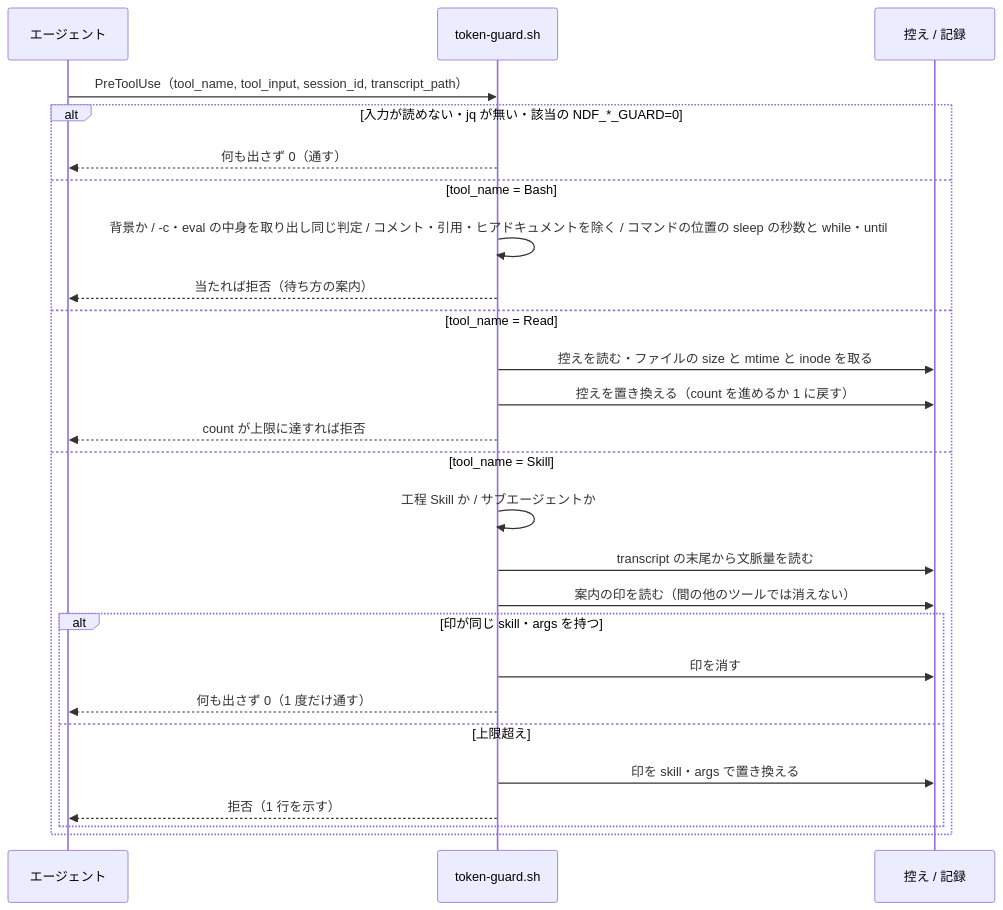
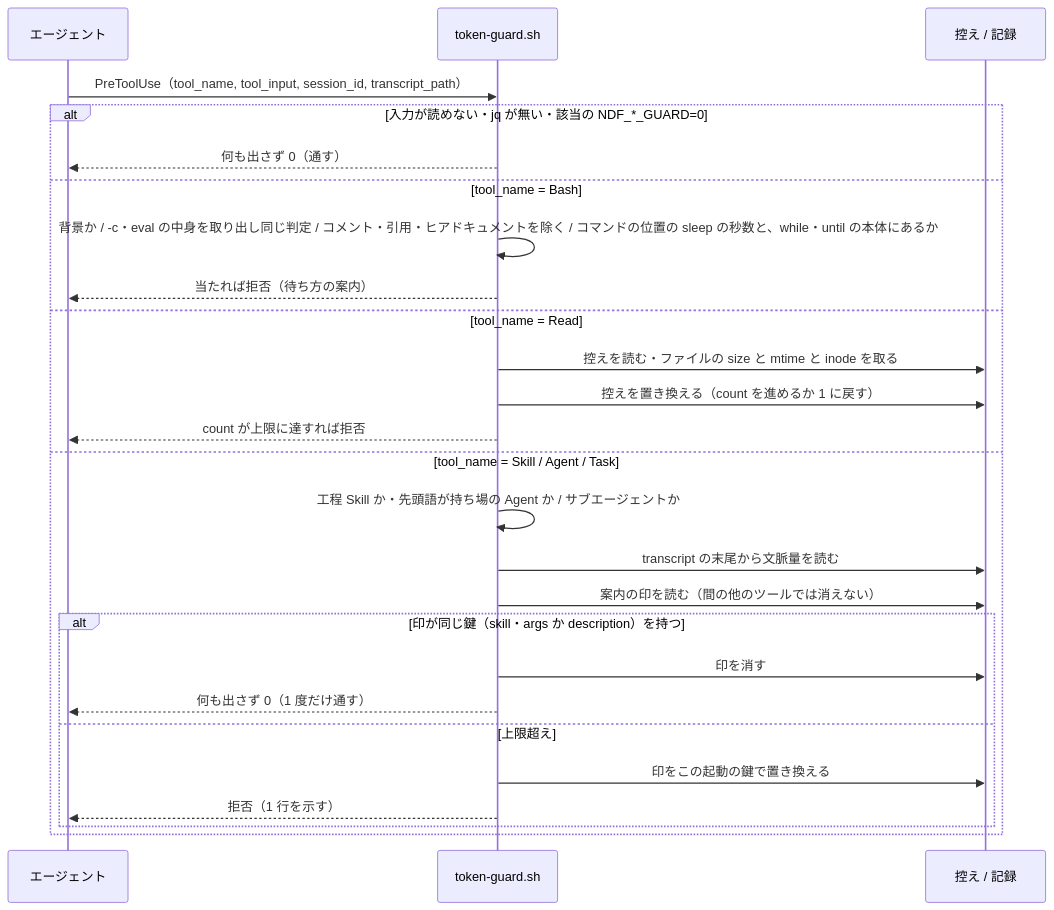
The second of 3 diagrams in issues/issue-829-830-design.md (devbasex/ai-plugins), drawn with Mermaid before and after one commit. The commit also changed other lines of this file and 1 other file, not shown here.

````diff
--- a/issues/issue-829-830-design.md
+++ b/issues/issue-829-830-design.md
@@ -251,28 +254,28 @@
 ```mermaid
 sequenceDiagram
   participant A as エージェント
   participant H as token-guard.sh
   participant S as 控え / 記録
   A->>H: PreToolUse（tool_name, tool_input, session_id, transcript_path）
   alt 入力が読めない・jq が無い・該当の NDF_*_GUARD=0
     H-->>A: 何も出さず 0（通す）
   else tool_name = Bash
-    H->>H: 背景か / -c・eval の中身を取り出し同じ判定 / コメント・引用・ヒアドキュメントを除く / コマンドの位置の sleep の秒数と while・until
+    H->>H: 背景か / -c・eval の中身を取り出し同じ判定 / コメント・引用・ヒアドキュメントを除く / コマンドの位置の sleep の秒数と、while・until の本体にあるか
     H-->>A: 当たれば拒否（待ち方の案内）
   else tool_name = Read
     H->>S: 控えを読む・ファイルの size と mtime と inode を取る
     H->>S: 控えを置き換える（count を進めるか 1 に戻す）
     H-->>A: count が上限に達すれば拒否
-  else tool_name = Skill
-    H->>H: 工程 Skill か / サブエージェントか
+  else tool_name = Skill / Agent / Task
+    H->>H: 工程 Skill か・先頭語が持ち場の Agent か / サブエージェントか
     H->>S: transcript の末尾から文脈量を読む
     H->>S: 案内の印を読む（間の他のツールでは消えない）
-    alt 印が同じ skill・args を持つ
+    alt 印が同じ鍵（skill・args か description）を持つ
       H->>S: 印を消す
       H-->>A: 何も出さず 0（1 度だけ通す）
     else 上限超え
-      H->>S: 印を skill・args で置き換える
+      H->>S: 印をこの起動の鍵で置き換える
       H-->>A: 拒否（1 行を示す）
     end
   end
 ```
````
